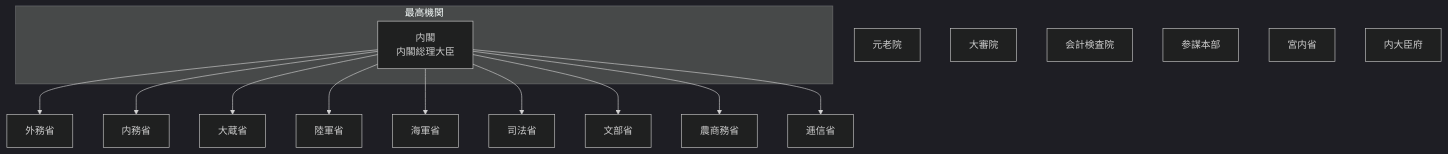
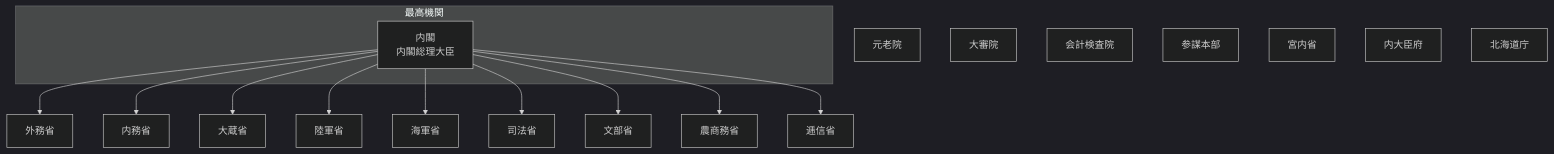
Before and after one commit to tatemaru/jp-admin-org-chart: the diagram in README.md, drawn with Mermaid (dark theme). The commit also changed other lines of this file, not shown here.

First line of the commit message:
feat(北海道庁): 北海道庁を設置

````diff
--- a/README.md
+++ b/README.md
@@ -9,31 +9,32 @@
 ```mermaid
 flowchart TB
   subgraph top["最高機関"]
     Cab["内閣
 内閣総理大臣"]
   end
   Gaimu["外務省"]
   Cab --> Gaimu
   Naimu["内務省"]
   Cab --> Naimu
   Okura["大蔵省"]
   Cab --> Okura
   Rikugun["陸軍省"]
   Cab --> Rikugun
   Kaigun["海軍省"]
   Cab --> Kaigun
   Shiho["司法省"]
   Cab --> Shiho
   Mombu["文部省"]
   Cab --> Mombu
   Nosho["農商務省"]
   Cab --> Nosho
   Teishin["逓信省"]
   Cab --> Teishin
   Genro["元老院"]
   Daishin["大審院"]
   Audit["会計検査院"]
   Sanbo["参謀本部"]
   Kunai["宮内省"]
   Naidaijin["内大臣府"]
+  Hokkaido["北海道庁"]
 ```
````
